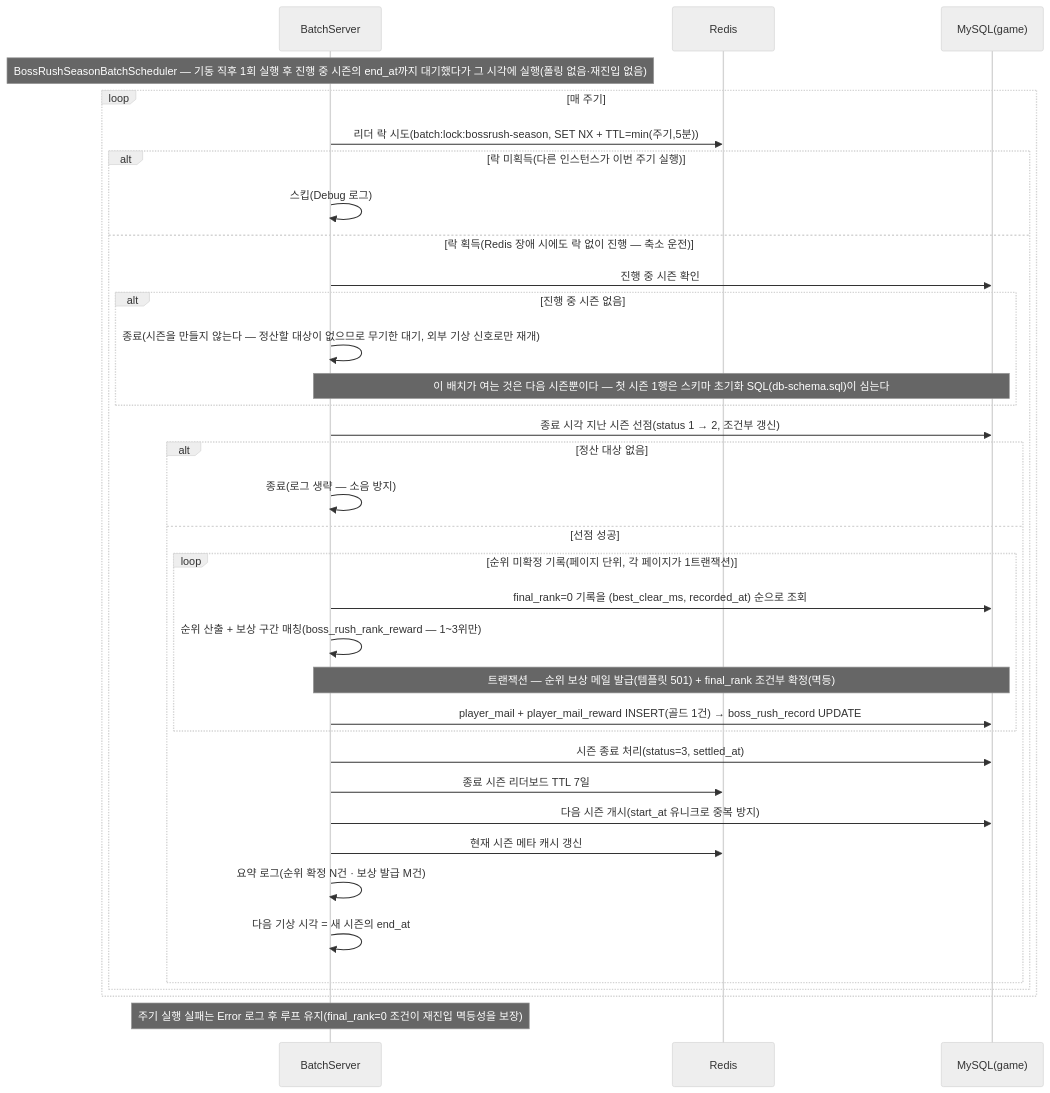
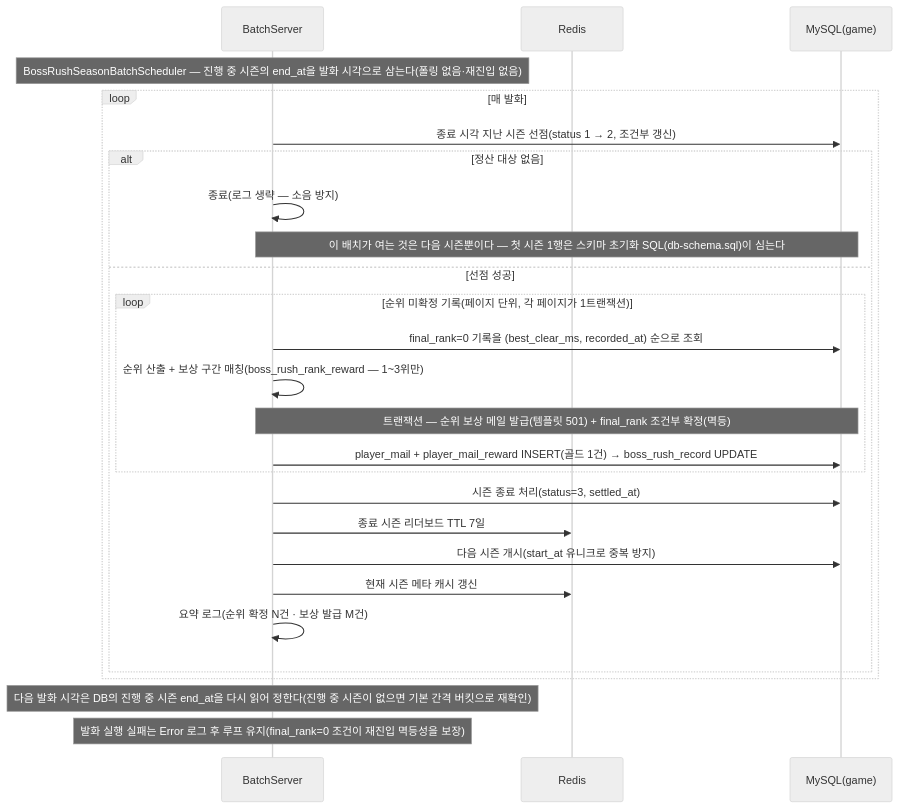
One commit to ks-wook/com2us-taskbar-hero changed diagram 48 of 48 in SequenceDiagram/README.md. Above: the diagram before and after it, drawn with Mermaid (neutral theme). The commit also changed other lines of this file and 83 other files, not shown here.

````diff
--- a/SequenceDiagram/README.md
+++ b/SequenceDiagram/README.md
@@ -1596,38 +1587,29 @@
 ```mermaid
 sequenceDiagram
     participant S as BatchServer
     participant R as Redis
     participant DB as MySQL(game)
 
-    Note over S: BossRushSeasonBatchScheduler — 기동 직후 1회 실행 후 진행 중 시즌의 end_at까지 대기했다가 그 시각에 실행(폴링 없음·재진입 없음)
-    loop 매 주기
-        S->>R: 리더 락 시도(batch:lock:bossrush-season, SET NX + TTL=min(주기,5분))
-        alt 락 미획득(다른 인스턴스가 이번 주기 실행)
-            S->>S: 스킵(Debug 로그)
-        else 락 획득(Redis 장애 시에도 락 없이 진행 — 축소 운전)
-            S->>DB: 진행 중 시즌 확인
-            alt 진행 중 시즌 없음
-                S->>S: 종료(시즌을 만들지 않는다 — 정산할 대상이 없으므로 무기한 대기, 외부 기상 신호로만 재개)
-                Note over S,DB: 이 배치가 여는 것은 다음 시즌뿐이다 — 첫 시즌 1행은 스키마 초기화 SQL(db-schema.sql)이 심는다
+    Note over S: BossRushSeasonBatchScheduler — 진행 중 시즌의 end_at을 발화 시각으로 삼는다(폴링 없음·재진입 없음)
+    loop 매 발화
+        S->>DB: 종료 시각 지난 시즌 선점(status 1 → 2, 조건부 갱신)
+        alt 정산 대상 없음
+            S->>S: 종료(로그 생략 — 소음 방지)
+            Note over S,DB: 이 배치가 여는 것은 다음 시즌뿐이다 — 첫 시즌 1행은 스키마 초기화 SQL(db-schema.sql)이 심는다
+        else 선점 성공
+            loop 순위 미확정 기록(페이지 단위, 각 페이지가 1트랜잭션)
+                S->>DB: final_rank=0 기록을 (best_clear_ms, recorded_at) 순으로 조회
+                S->>S: 순위 산출 + 보상 구간 매칭(boss_rush_rank_reward — 1~3위만)
+                Note over S,DB: 트랜잭션 — 순위 보상 메일 발급(템플릿 501) + final_rank 조건부 확정(멱등)
+                S->>DB: player_mail + player_mail_reward INSERT(골드 1건) → boss_rush_record UPDATE
             end
-            S->>DB: 종료 시각 지난 시즌 선점(status 1 → 2, 조건부 갱신)
-            alt 정산 대상 없음
-                S->>S: 종료(로그 생략 — 소음 방지)
-            else 선점 성공
-                loop 순위 미확정 기록(페이지 단위, 각 페이지가 1트랜잭션)
-                    S->>DB: final_rank=0 기록을 (best_clear_ms, recorded_at) 순으로 조회
-                    S->>S: 순위 산출 + 보상 구간 매칭(boss_rush_rank_reward — 1~3위만)
-                    Note over S,DB: 트랜잭션 — 순위 보상 메일 발급(템플릿 501) + final_rank 조건부 확정(멱등)
-                    S->>DB: player_mail + player_mail_reward INSERT(골드 1건) → boss_rush_record UPDATE
-                end
-                S->>DB: 시즌 종료 처리(status=3, settled_at)
-                S->>R: 종료 시즌 리더보드 TTL 7일
-                S->>DB: 다음 시즌 개시(start_at 유니크로 중복 방지)
-                S->>R: 현재 시즌 메타 캐시 갱신
-                S->>S: 요약 로그(순위 확정 N건 · 보상 발급 M건)
-                S->>S: 다음 기상 시각 = 새 시즌의 end_at
-            end
+            S->>DB: 시즌 종료 처리(status=3, settled_at)
+            S->>R: 종료 시즌 리더보드 TTL 7일
+            S->>DB: 다음 시즌 개시(start_at 유니크로 중복 방지)
+            S->>R: 현재 시즌 메타 캐시 갱신
+            S->>S: 요약 로그(순위 확정 N건 · 보상 발급 M건)
         end
     end
-    Note over S: 주기 실행 실패는 Error 로그 후 루프 유지(final_rank=0 조건이 재진입 멱등성을 보장)
+    Note over S: 다음 발화 시각은 DB의 진행 중 시즌 end_at을 다시 읽어 정한다(진행 중 시즌이 없으면 기본 간격 버킷으로 재확인)
+    Note over S: 발화 실행 실패는 Error 로그 후 루프 유지(final_rank=0 조건이 재진입 멱등성을 보장)
 ```
````
